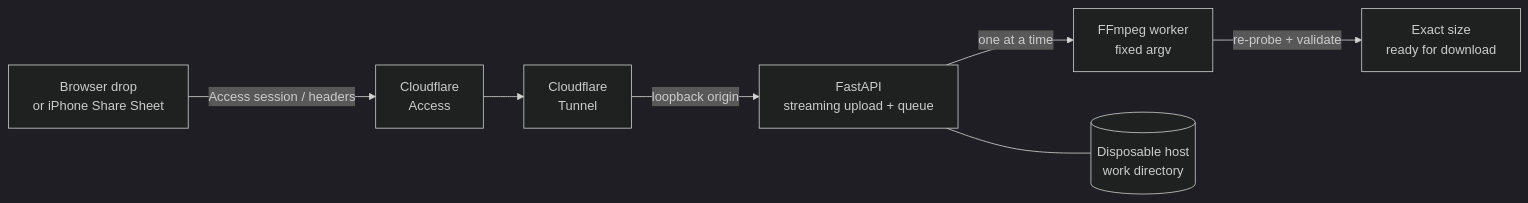
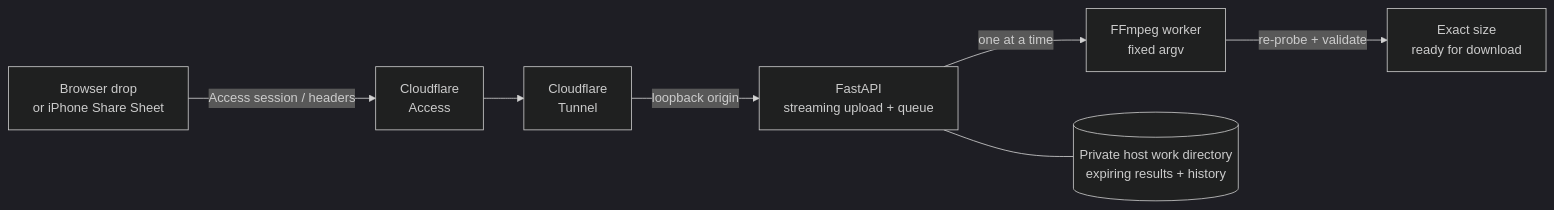
Before and after one commit to diogor0d/media-manager: the diagram in README.md, drawn with Mermaid (dark theme). The commit also changed other lines of this file and 21 other files, not shown here.

````diff
--- a/README.md
+++ b/README.md
@@ -44,9 +44,9 @@
 ```mermaid
 flowchart LR
     clients["Browser drop<br/>or iPhone Share Sheet"] -- "Access session / headers" --> access["Cloudflare<br/>Access"]
     access --> tunnel["Cloudflare<br/>Tunnel"]
     tunnel -- "loopback origin" --> api["FastAPI<br/>streaming upload + queue"]
     api -- "one at a time" --> ffmpeg["FFmpeg worker<br/>fixed argv"]
     ffmpeg -- "re-probe + validate" --> ready["Exact size<br/>ready for download"]
-    api --- work[("Disposable host<br/>work directory")]
+    api --- work[("Private host work directory<br/>expiring results + history")]
 ```
````
